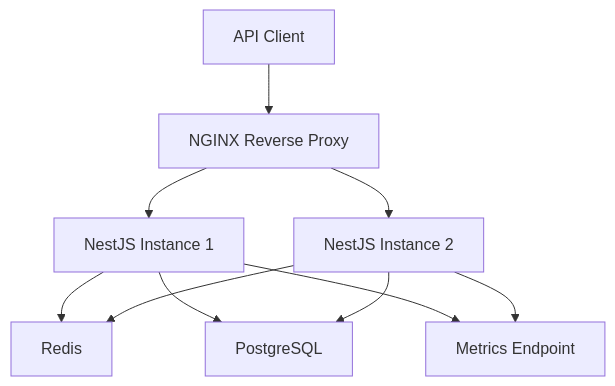
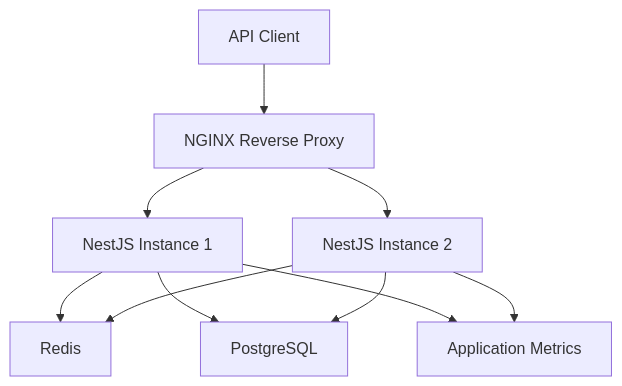
The diagram in README.md (Adit-Sawant/api-security-gateway), drawn with Mermaid before and after one commit. The commit also changed other lines of this file, not shown here.

````diff
--- a/README.md
+++ b/README.md
@@ -13,12 +9,15 @@
 ```mermaid
 flowchart TD
     A[API Client] --> B[NGINX Reverse Proxy]
     B --> C[NestJS Instance 1]
     B --> D[NestJS Instance 2]
+
     C --> E[Redis]
     D --> E
+
     C --> F[PostgreSQL]
     D --> F
-    C --> G[Metrics Endpoint]
+
+    C --> G[Application Metrics]
     D --> G
 ```
````
